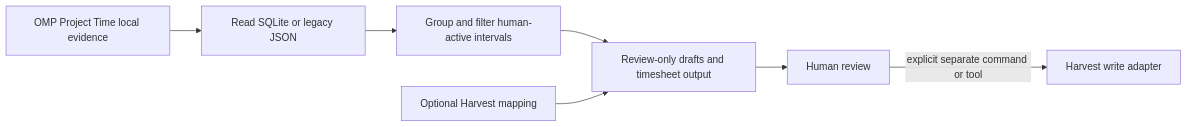
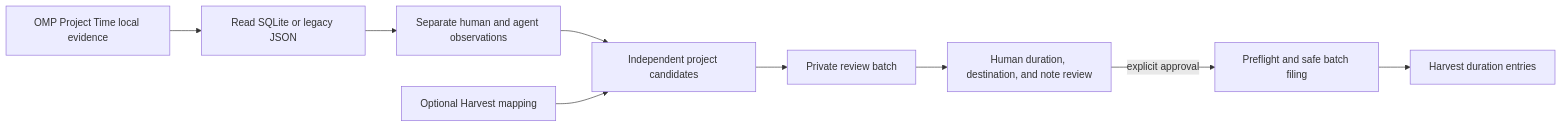
The diagram in docs/architecture.md (klondikemarlen/omp-worklog), drawn with Mermaid before and after one commit. The commit also changed other lines of this file and 7 other files, not shown here.

````diff
--- a/docs/architecture.md
+++ b/docs/architecture.md
@@ -5,9 +5,11 @@
 ```mermaid
 flowchart LR
   PT[OMP Project Time local evidence] --> Reader[Read SQLite or legacy JSON]
-  Reader --> Transform[Group and filter human-active intervals]
-  Transform --> Draft[Review-only drafts and timesheet output]
-  Mapping[Optional Harvest mapping] --> Draft
-  Draft --> Review[Human review]
-  Review -->|explicit separate command or tool| Harvest[Harvest write adapter]
+  Reader --> Transform[Separate human and agent observations]
+  Transform --> Candidate[Independent project candidates]
+  Mapping[Optional Harvest mapping] --> Candidate
+  Candidate --> Batch[Private review batch]
+  Batch --> Review[Human duration, destination, and note review]
+  Review -->|explicit approval| Submit[Preflight and safe batch filing]
+  Submit --> Harvest[Harvest duration entries]
 ```
````
